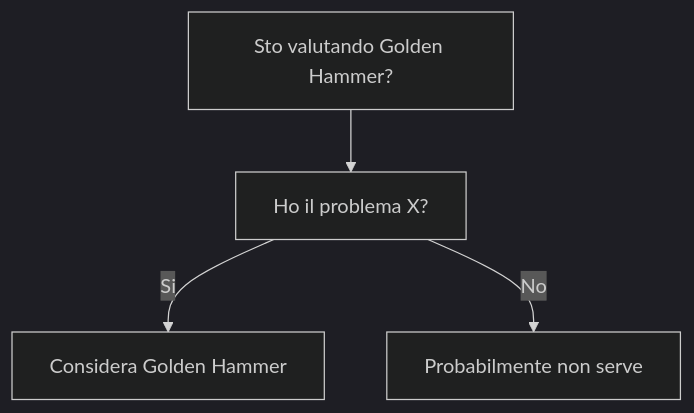
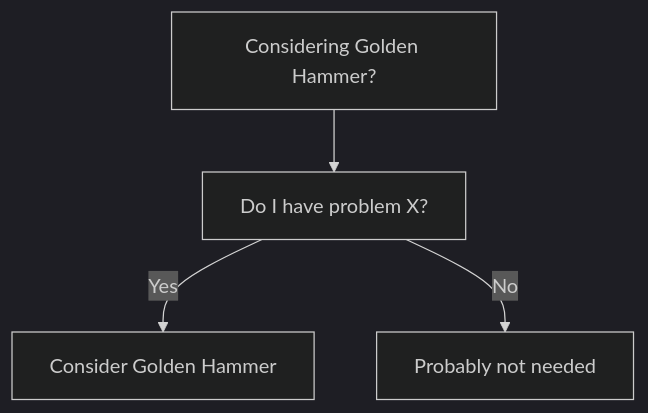
One commit to HxT9/Software-Dev-Wiki changed the diagram in dev-wiki/16_AntiPatterns/Golden_Hammer/When_To_Use.md. Above: the diagram before and after it, drawn with Mermaid (dark theme). The commit also changed other lines of this file and 3444 other files, not shown here.

````diff
--- a/dev-wiki/16_AntiPatterns/Golden_Hammer/When_To_Use.md
+++ b/dev-wiki/16_AntiPatterns/Golden_Hammer/When_To_Use.md
@@ -19,6 +19,6 @@
 ```mermaid
 flowchart TD
-  Q[Sto valutando Golden Hammer?] --> Q1[Ho il problema X?]
-  Q1 -->|Si| OK[Considera Golden Hammer]
-  Q1 -->|No| NO[Probabilmente non serve]
+  Q[Considering Golden Hammer?] --> Q1[Do I have problem X?]
+  Q1 -->|Yes| OK[Consider Golden Hammer]
+  Q1 -->|No| NO[Probably not needed]
 ```
````
